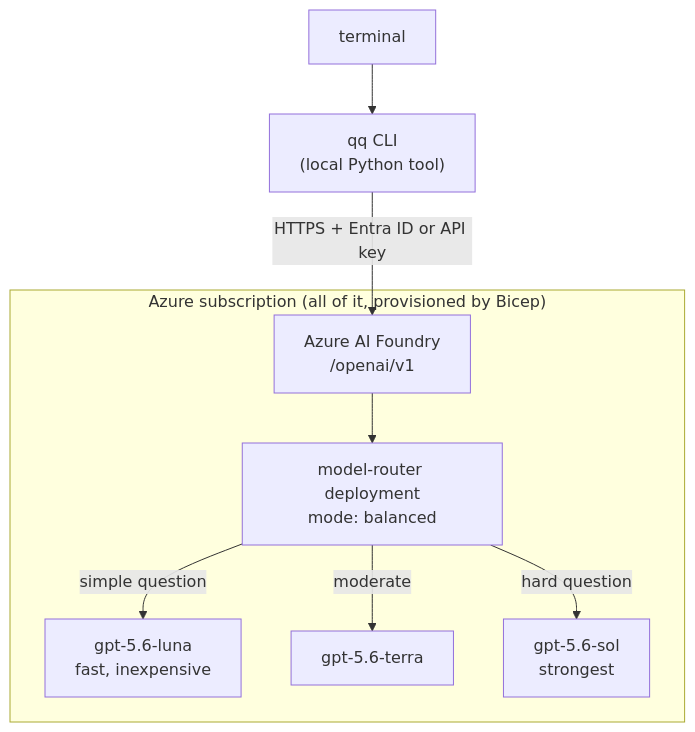
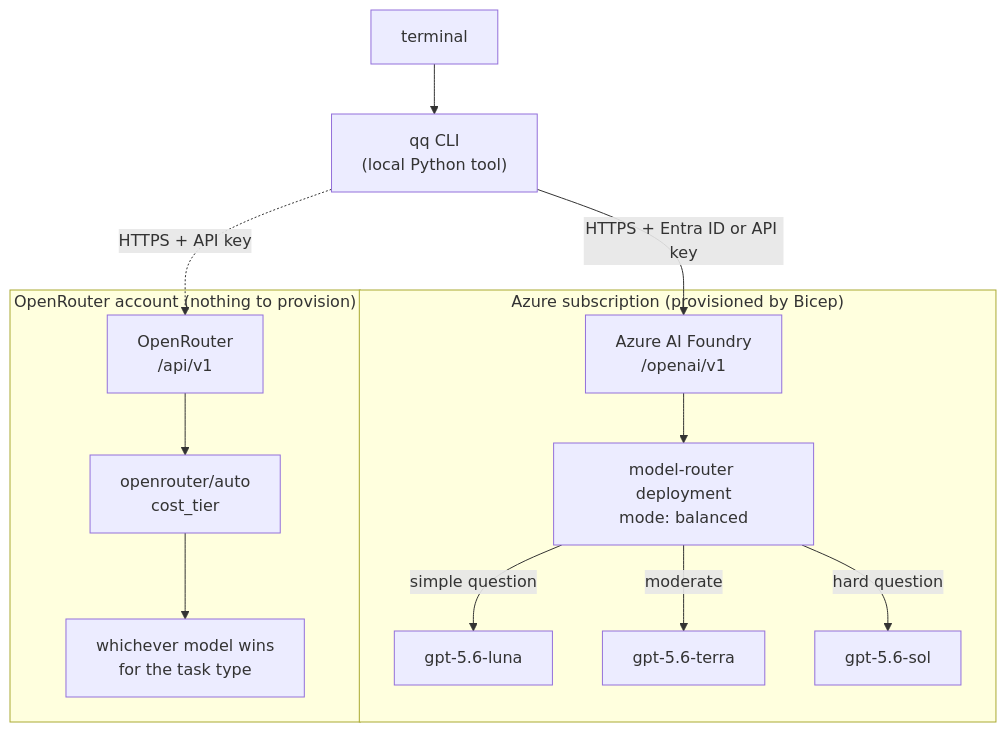
One commit to CrankingAI/qq-router changed the diagram in README.md. Above: the diagram before and after it, drawn with Mermaid. The commit also changed other lines of this file and 13 other files, not shown here.

First line of the commit message:
Add OpenRouter as a second backend

````diff
--- a/README.md
+++ b/README.md
@@ -35,17 +38,27 @@
 ```mermaid
 flowchart TD
     T["terminal"] --> Q["qq CLI<br/>(local Python tool)"]
     Q -->|"HTTPS + Entra ID or API key"| F["Azure AI Foundry<br/>/openai/v1"]
+    Q -.->|"HTTPS + API key"| O["OpenRouter<br/>/api/v1"]
+
     F --> R["model-router deployment<br/>mode: balanced"]
-    R -->|simple question| L["gpt-5.6-luna<br/>fast, inexpensive"]
+    R -->|simple question| L["gpt-5.6-luna"]
     R -->|moderate| TE["gpt-5.6-terra"]
-    R -->|hard question| S["gpt-5.6-sol<br/>strongest"]
+    R -->|hard question| S["gpt-5.6-sol"]
 
-    subgraph Azure["Azure subscription (all of it, provisioned by Bicep)"]
+    O --> A["openrouter/auto<br/>cost_tier"]
+    A --> M["whichever model wins<br/>for the task type"]
+
+    subgraph Azure["Azure subscription (provisioned by Bicep)"]
         F
         R
         L
         TE
         S
     end
+    subgraph OR["OpenRouter account (nothing to provision)"]
+        O
+        A
+        M
+    end
 ```
````
